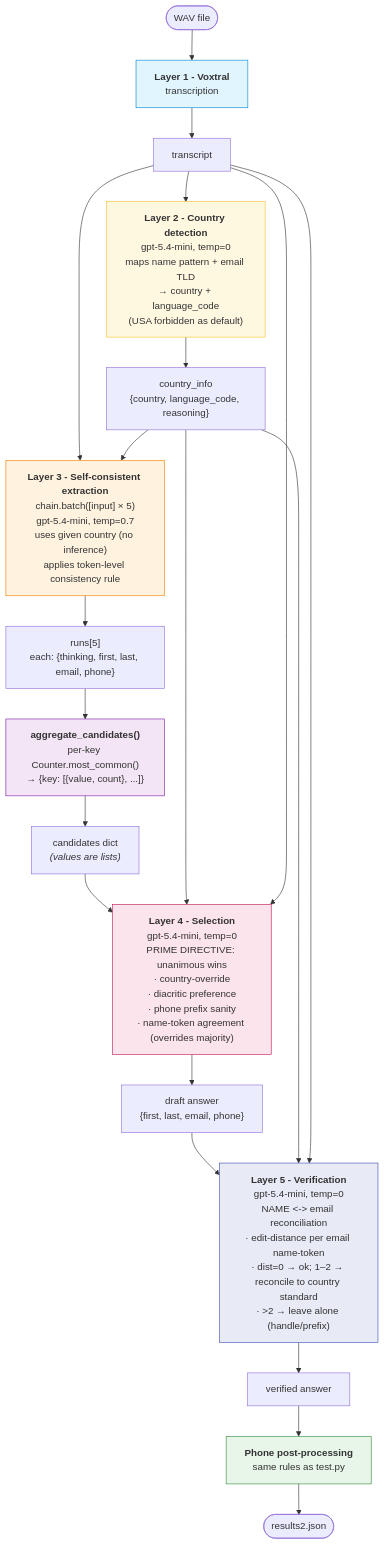
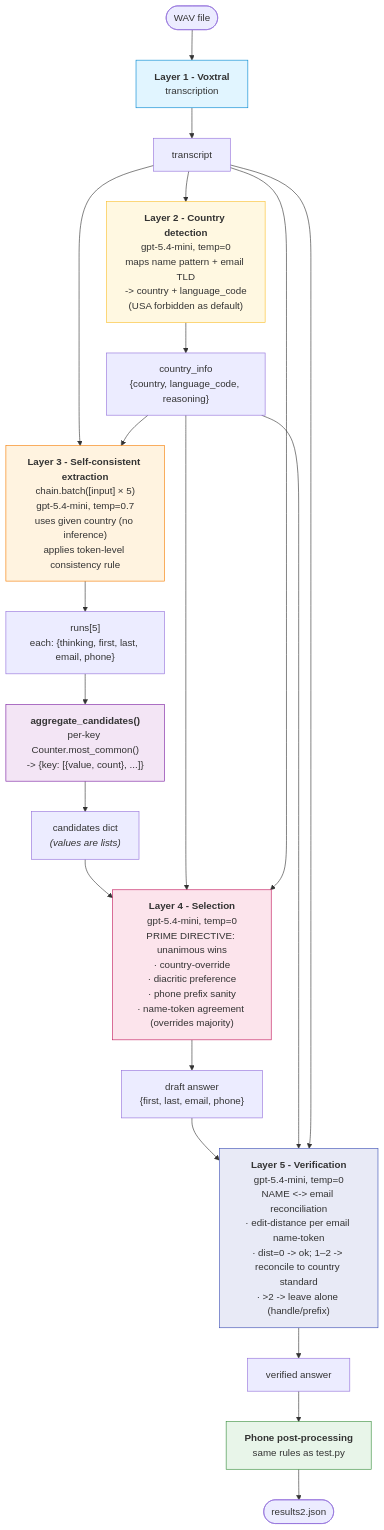
Before and after one commit to melih-unsal/phone_challange: the second of 2 diagrams in architecture.md, drawn with Mermaid. The commit also changed other lines of this file and 10 other files, not shown here.

````diff
--- a/architecture.md
+++ b/architecture.md
@@ -29,36 +29,36 @@
 ```mermaid
 flowchart TD
     A([WAV file]) --> L1["<b>Layer 1 - Voxtral</b><br/>transcription"]
     L1 --> T["transcript"]
 
-    T --> L2["<b>Layer 2 - Country detection</b><br/>gpt-5.4-mini, temp=0<br/>maps name pattern + email TLD<br/>→ country + language_code<br/>(USA forbidden as default)"]
+    T --> L2["<b>Layer 2 - Country detection</b><br/>gpt-5.4-mini, temp=0<br/>maps name pattern + email TLD<br/>-> country + language_code<br/>(USA forbidden as default)"]
     L2 --> CI["country_info<br/>{country, language_code, reasoning}"]
 
     T --> L3
     CI --> L3["<b>Layer 3 - Self-consistent extraction</b><br/>chain.batch([input] × 5)<br/>gpt-5.4-mini, temp=0.7<br/>uses given country (no inference)<br/>applies token-level consistency rule"]
     L3 --> RUNS["runs[5]<br/>each: {thinking, first, last, email, phone}"]
 
-    RUNS --> AGG["<b>aggregate_candidates()</b><br/>per-key Counter.most_common()<br/>→ {key: [{value, count}, ...]}"]
+    RUNS --> AGG["<b>aggregate_candidates()</b><br/>per-key Counter.most_common()<br/>-> {key: [{value, count}, ...]}"]
     AGG --> CAND["candidates dict<br/><i>(values are lists)</i>"]
 
     CAND --> L4
     CI --> L4
     T --> L4["<b>Layer 4 - Selection</b><br/>gpt-5.4-mini, temp=0<br/>PRIME DIRECTIVE: unanimous wins<br/>· country-override<br/>· diacritic preference<br/>· phone prefix sanity<br/>· name-token agreement (overrides majority)"]
     L4 --> DRAFT["draft answer<br/>{first, last, email, phone}"]
 
     DRAFT --> L5
     CI --> L5
-    T --> L5["<b>Layer 5 - Verification</b><br/>gpt-5.4-mini, temp=0<br/>NAME <-> email reconciliation<br/>· edit-distance per email name-token<br/>· dist=0 → ok; 1–2 → reconcile to country standard<br/>· >2 → leave alone (handle/prefix)"]
+    T --> L5["<b>Layer 5 - Verification</b><br/>gpt-5.4-mini, temp=0<br/>NAME <-> email reconciliation<br/>· edit-distance per email name-token<br/>· dist=0 -> ok; 1–2 -> reconcile to country standard<br/>· >2 -> leave alone (handle/prefix)"]
     L5 --> VER["verified answer"]
 
     VER --> P["<b>Phone post-processing</b><br/>same rules as test.py"]
     P --> O([results2.json])
 
     style L1 fill:#e1f5ff,stroke:#0288d1
     style L2 fill:#fff8e1,stroke:#fbc02d
     style L3 fill:#fff3e0,stroke:#f57c00
     style AGG fill:#f3e5f5,stroke:#7b1fa2
     style L4 fill:#fce4ec,stroke:#c2185b
     style L5 fill:#e8eaf6,stroke:#3f51b5
     style P fill:#e8f5e9,stroke:#388e3c
 ```
````
